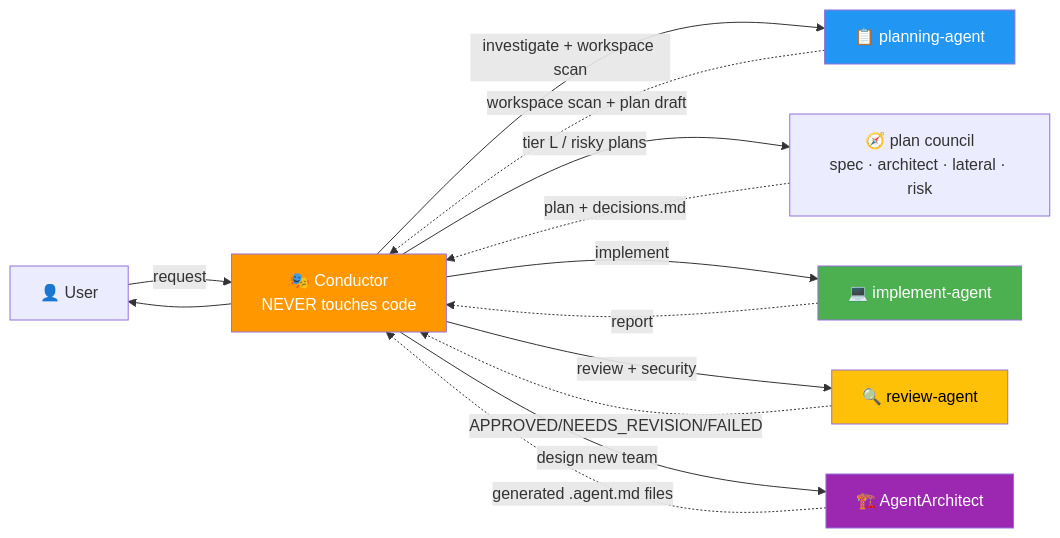
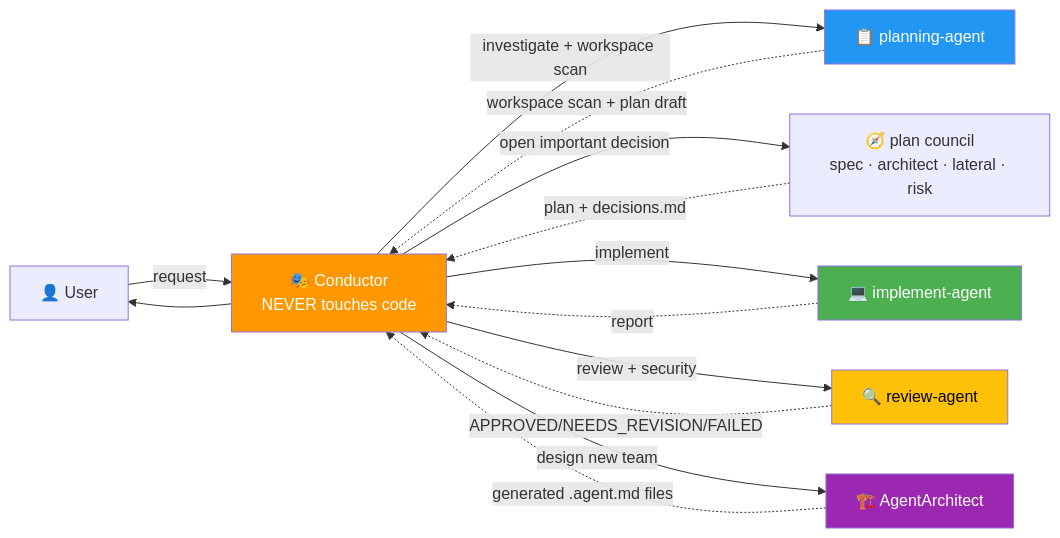
The diagram in AGENTS.md (elisaul77/Orquestacion_Agentes_claude), drawn with Mermaid before and after one commit. The commit also changed other lines of this file and 11 other files, not shown here.

First line of the commit message:
feat(subagent-pool): v9.11.0 case flow — admission, four-axis triage, diagnosis, review routing (#17)

````diff
--- a/AGENTS.md
+++ b/AGENTS.md
@@ -7,21 +7,21 @@
 ```mermaid
 flowchart LR
     USER["👤 User"] -->|"request"| CONDUCTOR["🎭 Conductor<br/>NEVER touches code"]
     CONDUCTOR -->|"investigate + workspace scan"| PA["📋 planning-agent"]
-    CONDUCTOR -->|"tier L / risky plans"| CC["🧭 plan council<br/>spec · architect · lateral · risk"]
+    CONDUCTOR -->|"open important decision"| CC["🧭 plan council<br/>spec · architect · lateral · risk"]
     CC -.->|"plan + decisions.md"| CONDUCTOR
     CONDUCTOR -->|"implement"| IA["💻 implement-agent"]
     CONDUCTOR -->|"review + security"| RA["🔍 review-agent"]
     CONDUCTOR -->|"design new team"| AA["🏗️ AgentArchitect"]
     PA -.->|"workspace scan + plan draft"| CONDUCTOR
     IA -.->|"report"| CONDUCTOR
     RA -.->|"APPROVED/NEEDS_REVISION/FAILED"| CONDUCTOR
     AA -.->|"generated .agent.md files"| CONDUCTOR
     CONDUCTOR --> USER
 
     style CONDUCTOR fill:#ff9800,color:#fff
     style PA fill:#2196f3,color:#fff
     style IA fill:#4caf50,color:#fff
     style RA fill:#ffc107,color:#000
     style AA fill:#9c27b0,color:#fff
 ```
````
